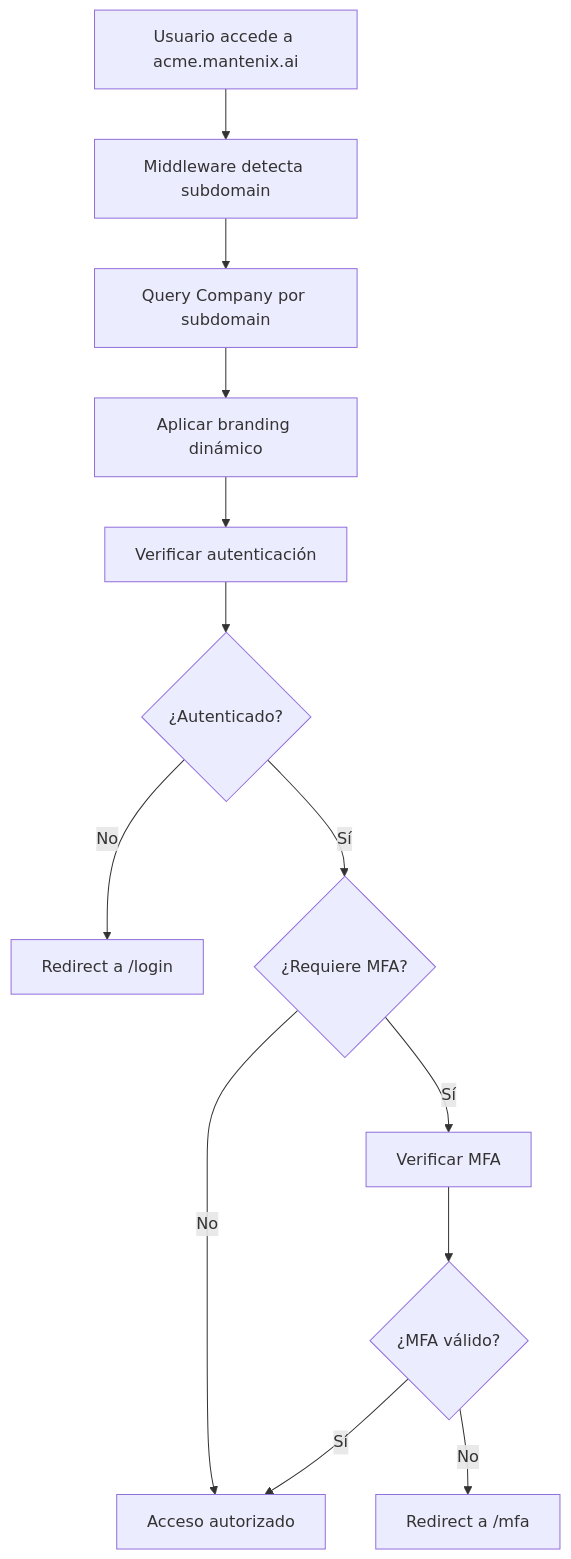
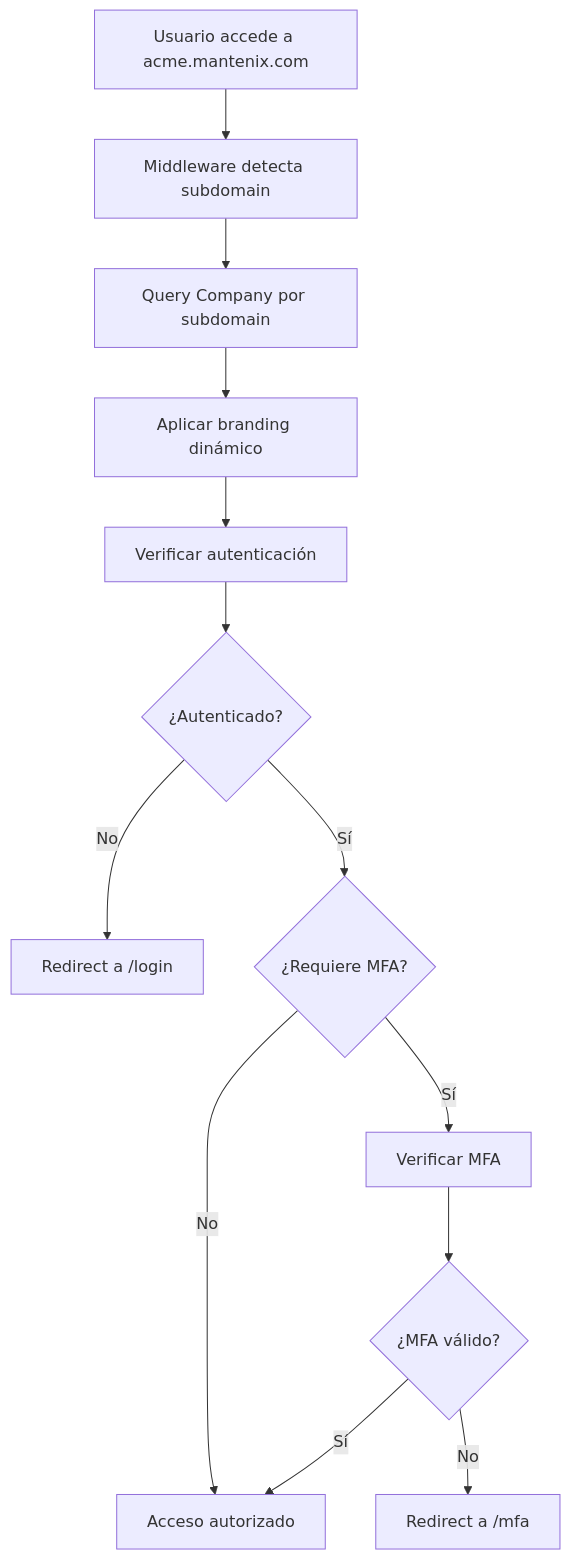
The diagram in README.md (jcamposv/mantenix-fullstack-new), drawn with Mermaid before and after one commit. The commit also changed other lines of this file and 25 other files, not shown here.

````diff
--- a/README.md
+++ b/README.md
@@ -169,15 +169,15 @@
 ```mermaid
 graph TD
-    A[Usuario accede a acme.mantenix.ai] --> B[Middleware detecta subdomain]
+    A[Usuario accede a acme.mantenix.com] --> B[Middleware detecta subdomain]
     B --> C[Query Company por subdomain]
     C --> D[Aplicar branding dinámico]
     D --> E[Verificar autenticación]
     E --> F{¿Autenticado?}
     F -->|No| G[Redirect a /login]
     F -->|Sí| H{¿Requiere MFA?}
     H -->|Sí| I[Verificar MFA]
     H -->|No| J[Acceso autorizado]
     I --> K{¿MFA válido?}
     K -->|Sí| J
     K -->|No| L[Redirect a /mfa]
 ```
````
